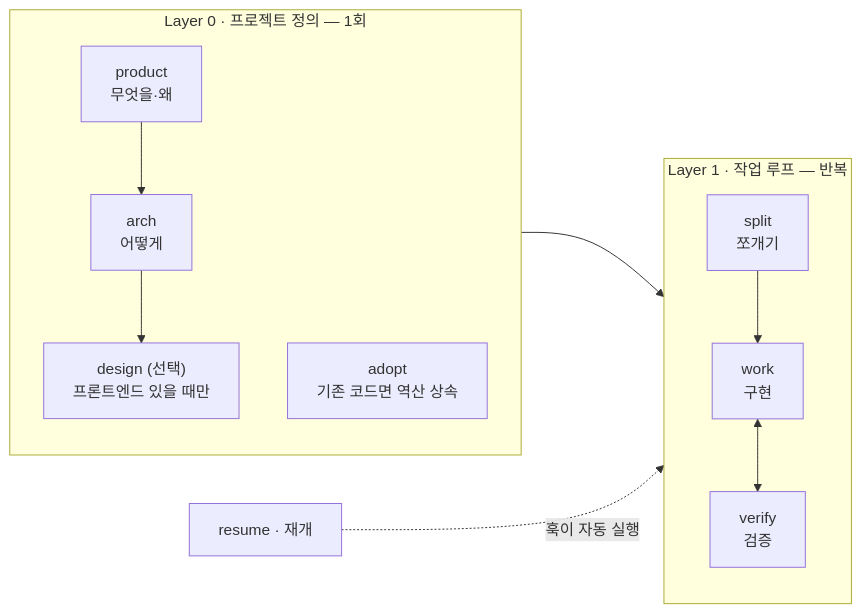
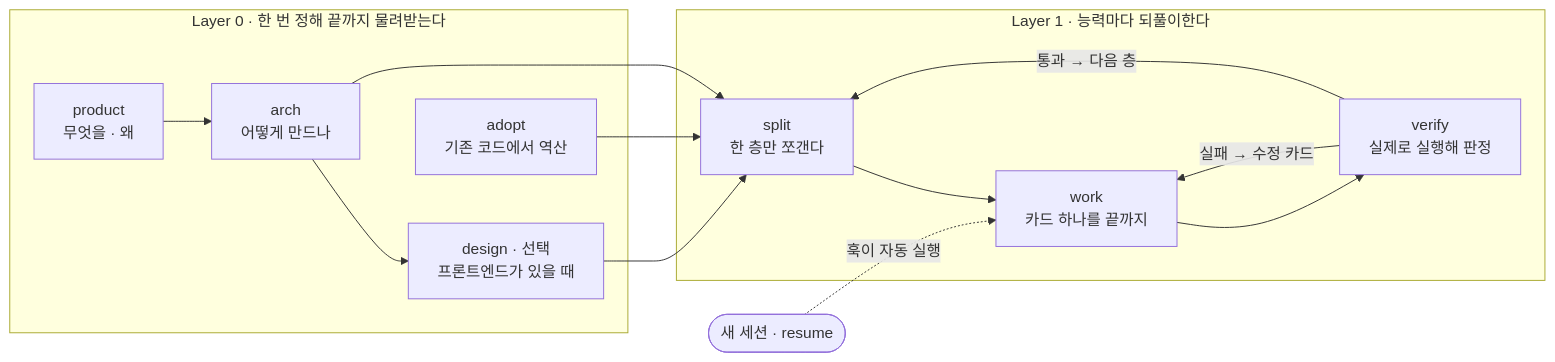
The first of 5 diagrams in README_ko.md (nanomia-ai/devflow), drawn with Mermaid before and after one commit. The commit also changed other lines of this file and 5 other files, not shown here.

````diff
--- a/README_ko.md
+++ b/README_ko.md
@@ -51,12 +37,18 @@
 ```mermaid
 flowchart LR
-    subgraph L0["Layer 0 · 프로젝트 정의 — 1회"]
-        P[product<br>무엇을·왜] --> A[arch<br>어떻게] --> D["design (선택)<br>프론트엔드 있을 때만"]
-        AD["adopt<br>기존 코드면 역산 상속"]
+    subgraph L0["Layer 0 · 한 번 정해 끝까지 물려받는다"]
+        P["product<br>무엇을 · 왜"] --> A["arch<br>어떻게 만드나"]
+        A --> D["design · 선택<br>프론트엔드가 있을 때"]
+        AD["adopt<br>기존 코드에서 역산"]
     end
-    subgraph L1["Layer 1 · 작업 루프 — 반복"]
-        S[split<br>쪼개기] --> W[work<br>구현] <--> V[verify<br>검증]
+    subgraph L1["Layer 1 · 능력마다 되풀이한다"]
+        S["split<br>한 층만 쪼갠다"] --> W["work<br>카드 하나를 끝까지"]
+        W --> V["verify<br>실제로 실행해 판정"]
+        V -->|"실패 → 수정 카드"| W
+        V -->|"통과 → 다음 층"| S
     end
-    L0 --> L1
-    R[resume · 재개] -.->|훅이 자동 실행| L1
+    A --> S
+    D --> S
+    AD --> S
+    R(["새 세션 · resume"]) -.->|"훅이 자동 실행"| W
 ```
````
